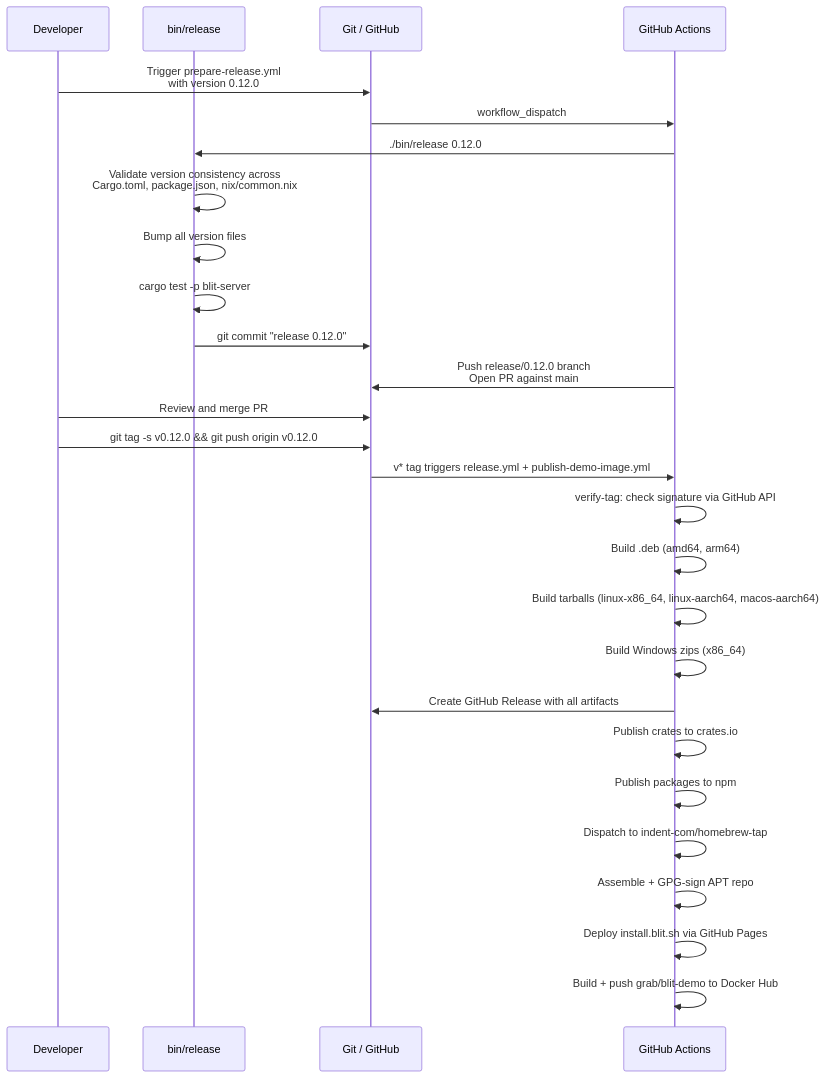
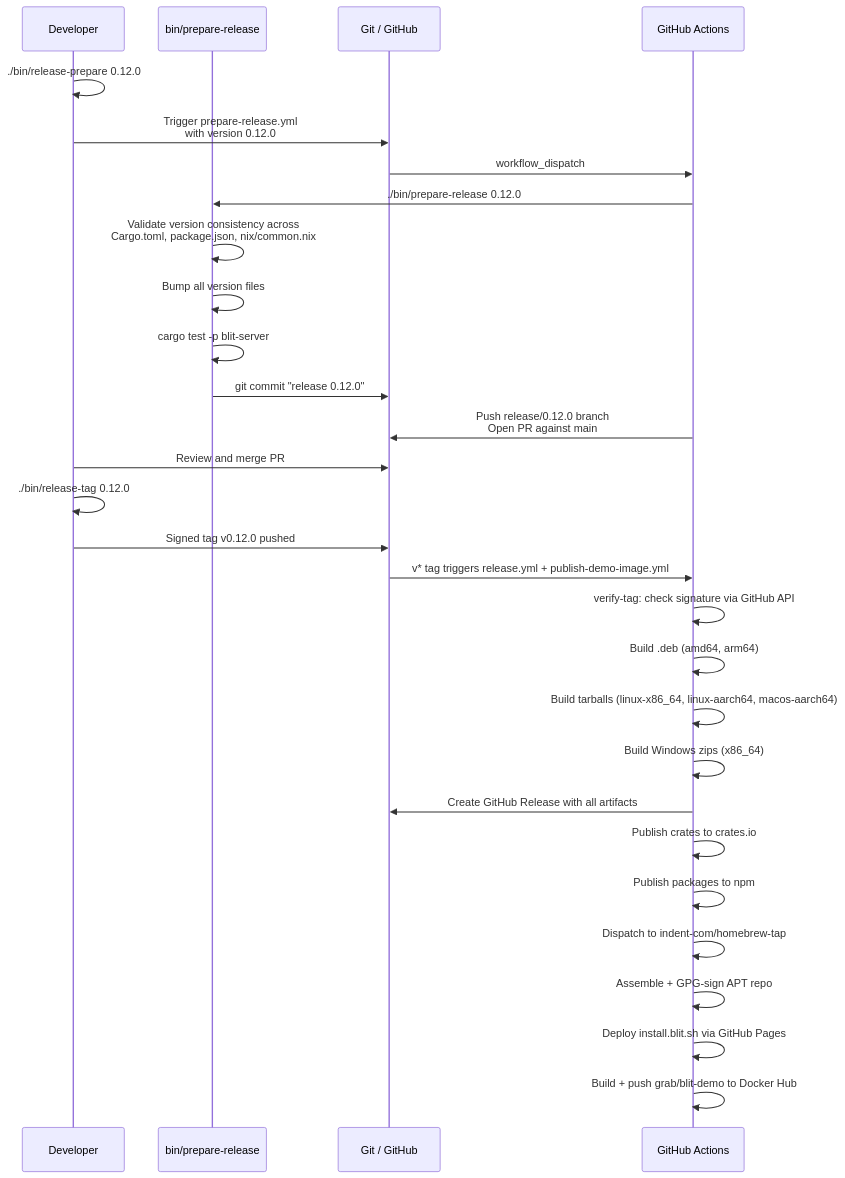
The eighth of 8 diagrams in SERVICES.md (indent-com/blit), drawn with Mermaid before and after one commit. The commit also changed 4 other files, not shown here.

First line of the commit message:
Split bin/release into bin/release-prepare and bin/release-tag.

````diff
--- a/SERVICES.md
+++ b/SERVICES.md
@@ -310,31 +310,33 @@
 ```mermaid
 sequenceDiagram
     participant Dev as Developer
-    participant Rel as bin/release
+    participant Rel as bin/prepare-release
     participant Git as Git / GitHub
     participant CI as GitHub Actions
 
+    Dev->>Dev: ./bin/release-prepare 0.12.0
     Dev->>Git: Trigger prepare-release.yml<br>with version 0.12.0
     Git->>CI: workflow_dispatch
-    CI->>Rel: ./bin/release 0.12.0
+    CI->>Rel: ./bin/prepare-release 0.12.0
     Rel->>Rel: Validate version consistency across<br>Cargo.toml, package.json, nix/common.nix
     Rel->>Rel: Bump all version files
     Rel->>Rel: cargo test -p blit-server
     Rel->>Git: git commit "release 0.12.0"
     CI->>Git: Push release/0.12.0 branch<br>Open PR against main
     Dev->>Git: Review and merge PR
-    Dev->>Git: git tag -s v0.12.0 && git push origin v0.12.0
+    Dev->>Dev: ./bin/release-tag 0.12.0
+    Dev->>Git: Signed tag v0.12.0 pushed
     Git->>CI: v* tag triggers release.yml + publish-demo-image.yml
     CI->>CI: verify-tag: check signature via GitHub API
 
     CI->>CI: Build .deb (amd64, arm64)
     CI->>CI: Build tarballs (linux-x86_64, linux-aarch64, macos-aarch64)
     CI->>CI: Build Windows zips (x86_64)
     CI->>Git: Create GitHub Release with all artifacts
     CI->>CI: Publish crates to crates.io
     CI->>CI: Publish packages to npm
     CI->>CI: Dispatch to indent-com/homebrew-tap
     CI->>CI: Assemble + GPG-sign APT repo
     CI->>CI: Deploy install.blit.sh via GitHub Pages
     CI->>CI: Build + push grab/blit-demo to Docker Hub
 ```
````
